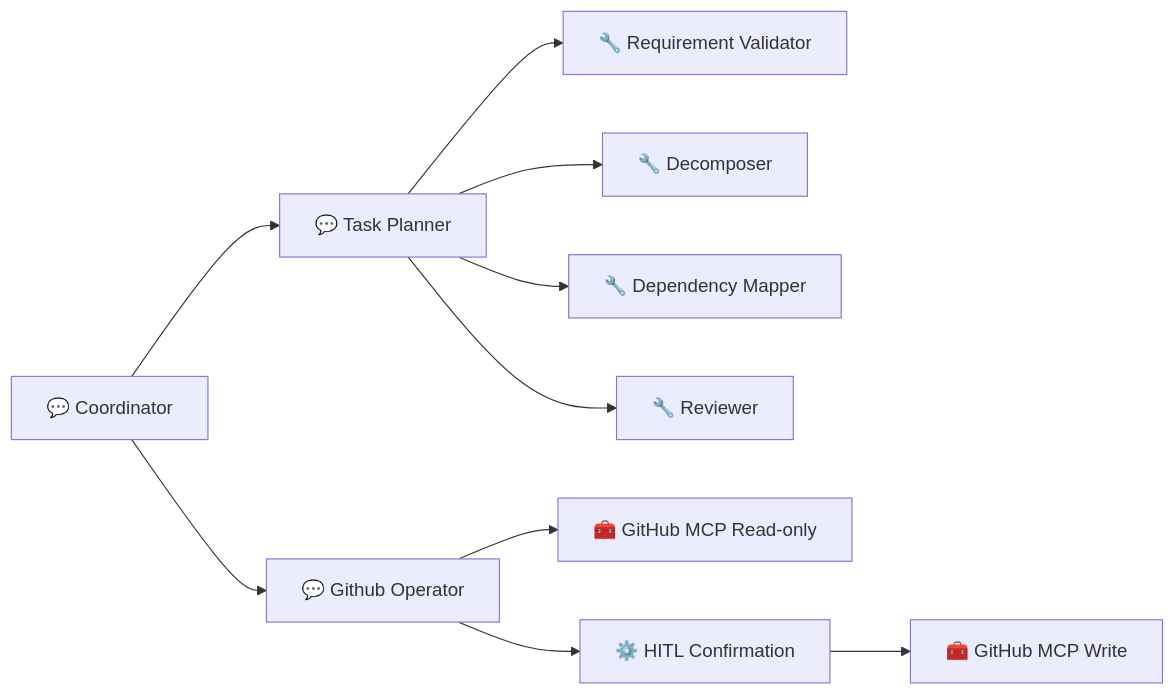
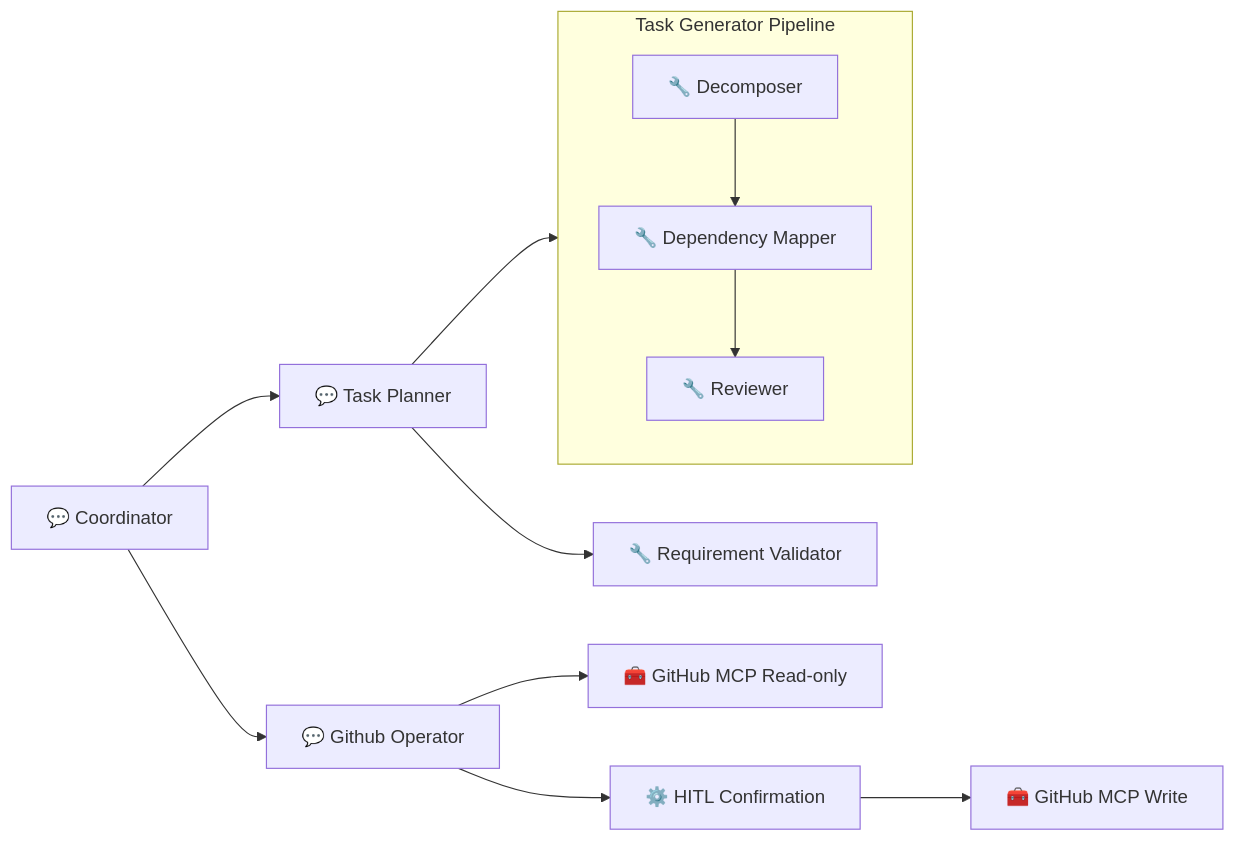
One commit to timurci/kanby changed the diagram in README.md. Above: the diagram before and after it, drawn with Mermaid. The commit also changed 1 other file, not shown here.

Commit message:
docs: added example evalset and updated readme

````diff
--- a/README.md
+++ b/README.md
@@ -83,14 +83,16 @@
 ```mermaid
 graph LR
     CO[💬 Coordinator]
     CO --> TP[💬 Task Planner]
     CO --> GO[💬 Github Operator]
     TP --> RV[🔧 Requirement Validator]
-    TP --> TD[🔧 Decomposer]
-    TP --> DM[🔧 Dependency Mapper]
-    TP --> TR[🔧 Reviewer]
-
+    subgraph TGP[Task Generator Pipeline]
+        TD[🔧 Decomposer]
+        TD --> DM[🔧 Dependency Mapper]
+        DM --> TR[🔧 Reviewer]
+    end
+    TP --> TGP
     GO --> GO_READONLY[🧰 GitHub MCP Read-only]
     GO --> GO_HITL[⚙️ HITL Confirmation]
     GO_HITL --> GO_WRITE[🧰 GitHub MCP Write]
 ```
````
